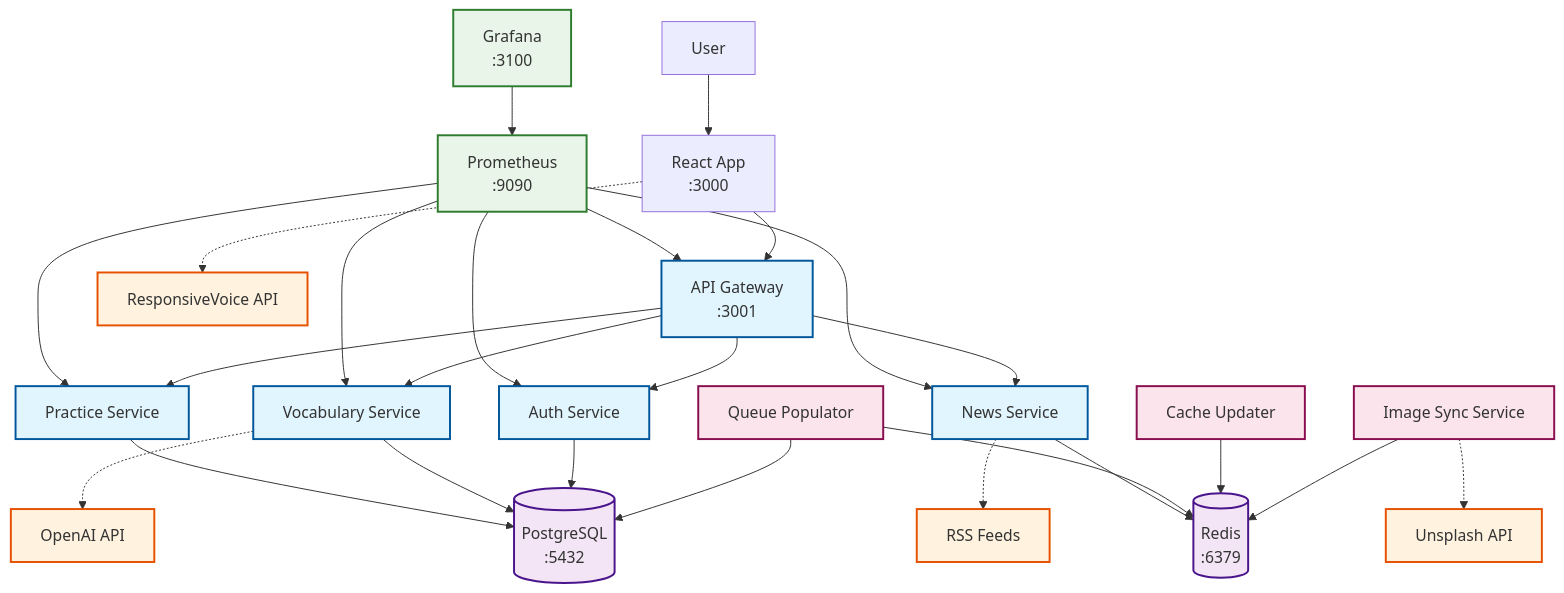
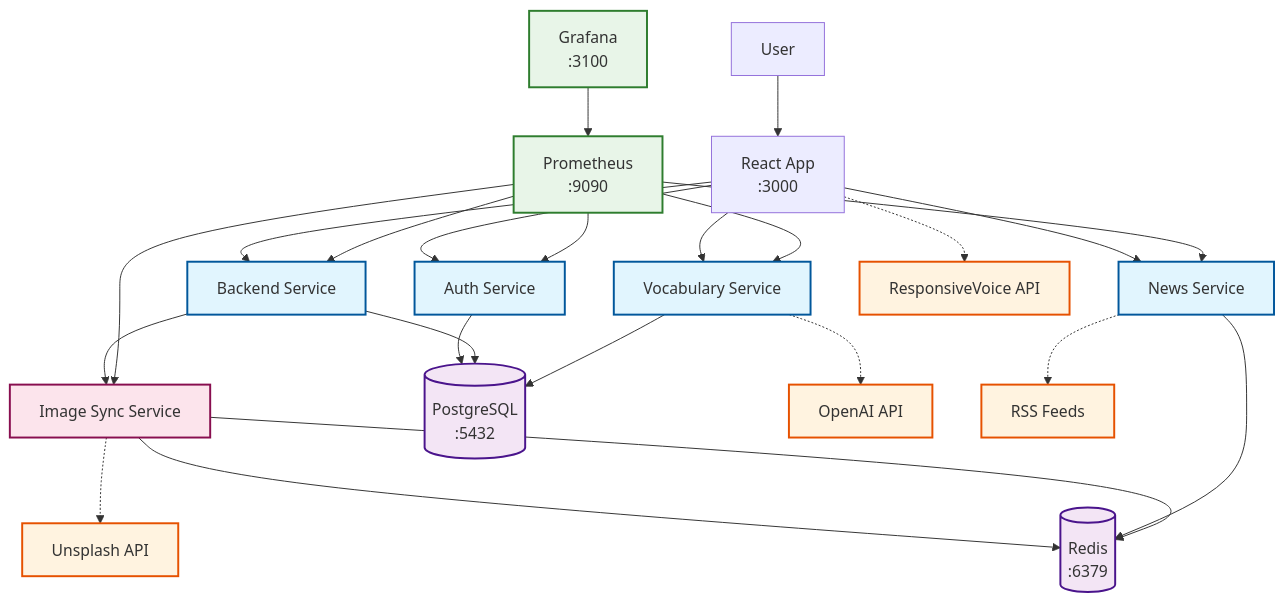
One commit to ansromanov/recnik changed the diagram in README.md. Above: the diagram before and after it, drawn with Mermaid. The commit also changed other lines of this file and 1 other file, not shown here.

````diff
--- a/README.md
+++ b/README.md
@@ -53,53 +71,49 @@
 ```mermaid
 graph TB
     %% User and Frontend
     User[User] --> Frontend[React App<br/>:3000]
 
-    %% API Gateway
-    Frontend --> Gateway[API Gateway<br/>:3001]
-
     %% Core Services
-    Gateway --> Auth[Auth Service]
-    Gateway --> Vocab[Vocabulary Service]
-    Gateway --> Practice[Practice Service]
-    Gateway --> News[News Service]
+    Frontend --> Auth[Auth Service]
+    Frontend --> Backend[Backend Service]
+    Frontend --> Vocab[Vocabulary Service]
+    Frontend --> News[News Service]
 
     %% Background Services
     ImageSync[Image Sync Service] --> Redis
-    CacheUpdater[Cache Updater] --> Redis
-    QueuePopulator[Queue Populator] --> Redis
-    QueuePopulator --> Postgres
+    Backend --> ImageSync
 
     %% Infrastructure
     Auth --> Postgres[(PostgreSQL<br/>:5432)]
+    Backend --> Postgres
     Vocab --> Postgres
-    Practice --> Postgres
     News --> Redis[(Redis<br/>:6379)]
+    ImageSync --> Redis
 
     %% Monitoring
-    Prometheus[Prometheus<br/>:9090] --> Gateway
-    Prometheus --> Auth
+    Prometheus[Prometheus<br/>:9090] --> Auth
+    Prometheus --> Backend
     Prometheus --> Vocab
-    Prometheus --> Practice
     Prometheus --> News
+    Prometheus --> ImageSync
     Grafana[Grafana<br/>:3100] --> Prometheus
 
     %% External APIs
     Vocab -.-> OpenAI[OpenAI API]
     ImageSync -.-> Unsplash[Unsplash API]
     Frontend -.-> ResponsiveVoice[ResponsiveVoice API]
     News -.-> RSS[RSS Feeds]
 
     %% Styling
     classDef service fill:#e1f5fe,stroke:#01579b,stroke-width:2px
     classDef infrastructure fill:#f3e5f5,stroke:#4a148c,stroke-width:2px
     classDef external fill:#fff3e0,stroke:#e65100,stroke-width:2px
     classDef monitoring fill:#e8f5e8,stroke:#2e7d2e,stroke-width:2px
     classDef background fill:#fce4ec,stroke:#880e4f,stroke-width:2px
 
-    class Auth,Vocab,Practice,News,Gateway service
+    class Auth,Backend,Vocab,News service
     class Postgres,Redis infrastructure
     class OpenAI,Unsplash,ResponsiveVoice,RSS external
     class Prometheus,Grafana monitoring
-    class ImageSync,CacheUpdater,QueuePopulator background
+    class ImageSync background
 ```
````
